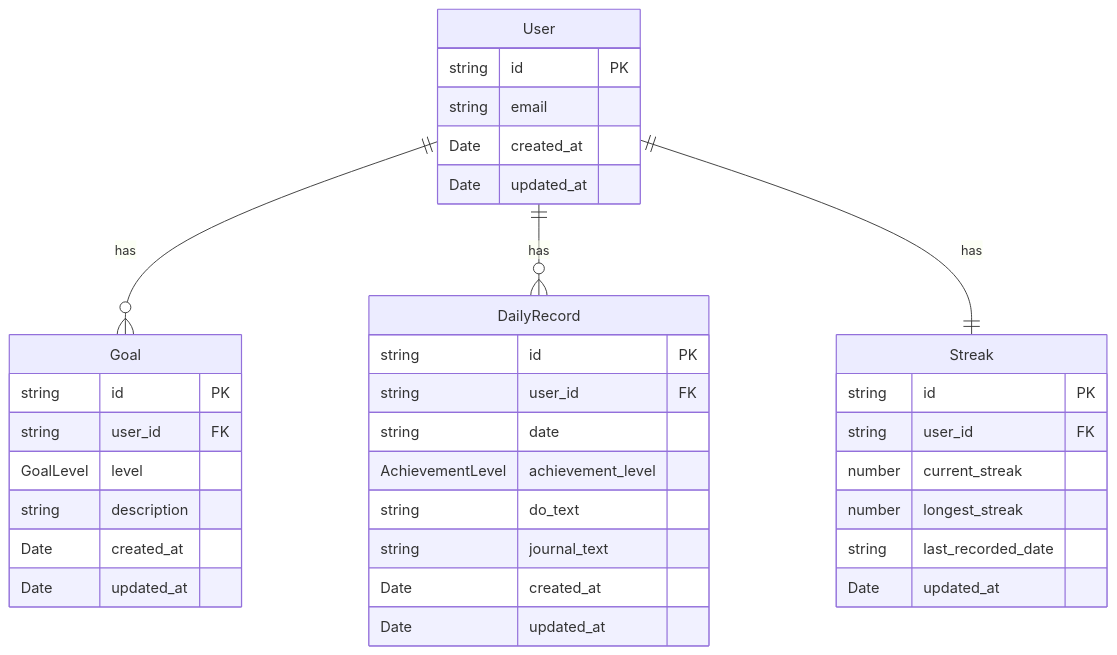
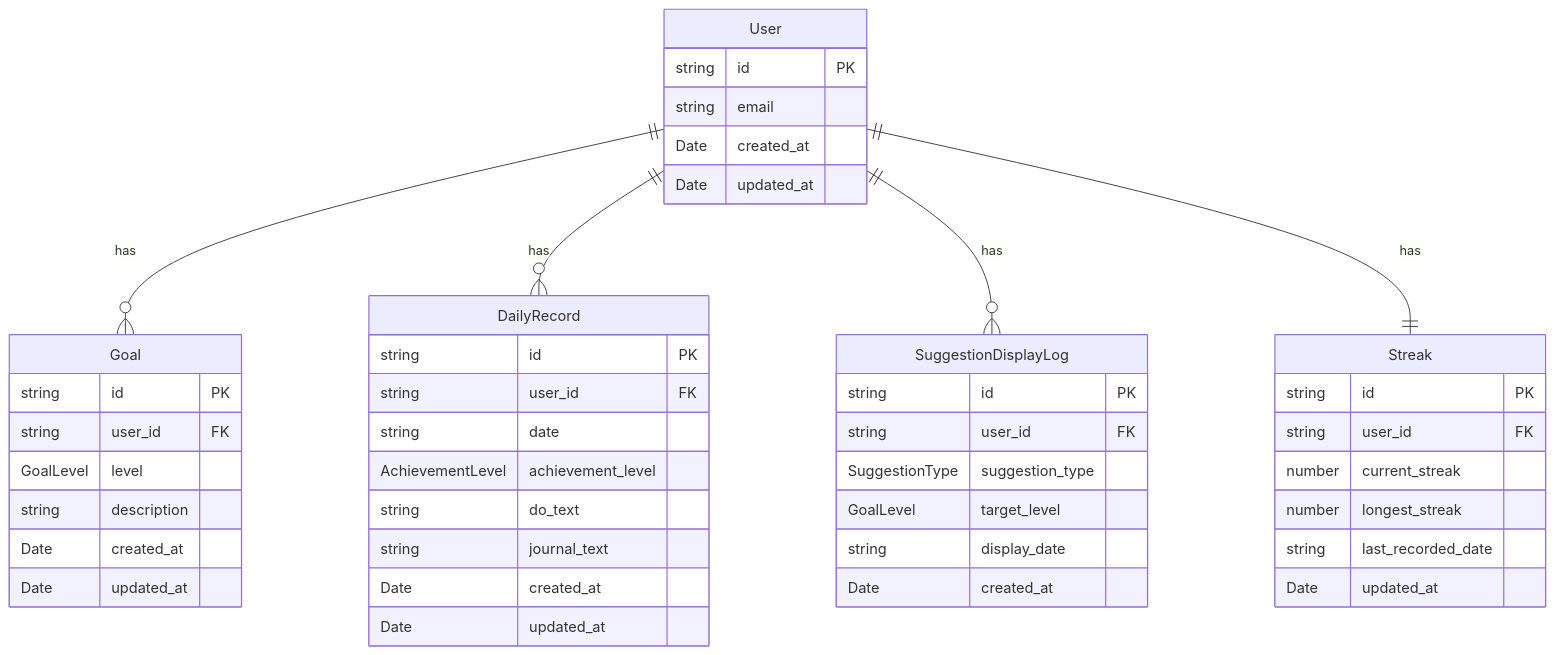
The diagram in docs/data-model.md (Fujita0113/study-manage), drawn with Mermaid before and after one commit. The commit also changed other lines of this file and 11 other files, not shown here.

````diff
--- a/docs/data-model.md
+++ b/docs/data-model.md
@@ -172,42 +216,52 @@
 ```mermaid
 erDiagram
     User ||--o{ Goal : "has"
     User ||--o{ DailyRecord : "has"
+    User ||--o{ SuggestionDisplayLog : "has"
     User ||--|| Streak : "has"
 
     User {
         string id PK
         string email
         Date created_at
         Date updated_at
     }
 
     Goal {
         string id PK
         string user_id FK
         GoalLevel level
         string description
         Date created_at
         Date updated_at
     }
 
     DailyRecord {
         string id PK
         string user_id FK
         string date
         AchievementLevel achievement_level
         string do_text
         string journal_text
         Date created_at
         Date updated_at
     }
 
+    SuggestionDisplayLog {
+        string id PK
+        string user_id FK
+        SuggestionType suggestion_type
+        GoalLevel target_level
+        string display_date
+        Date created_at
+    }
+
     Streak {
         string id PK
         string user_id FK
         number current_streak
         number longest_streak
         string last_recorded_date
         Date updated_at
     }
 ```
````
